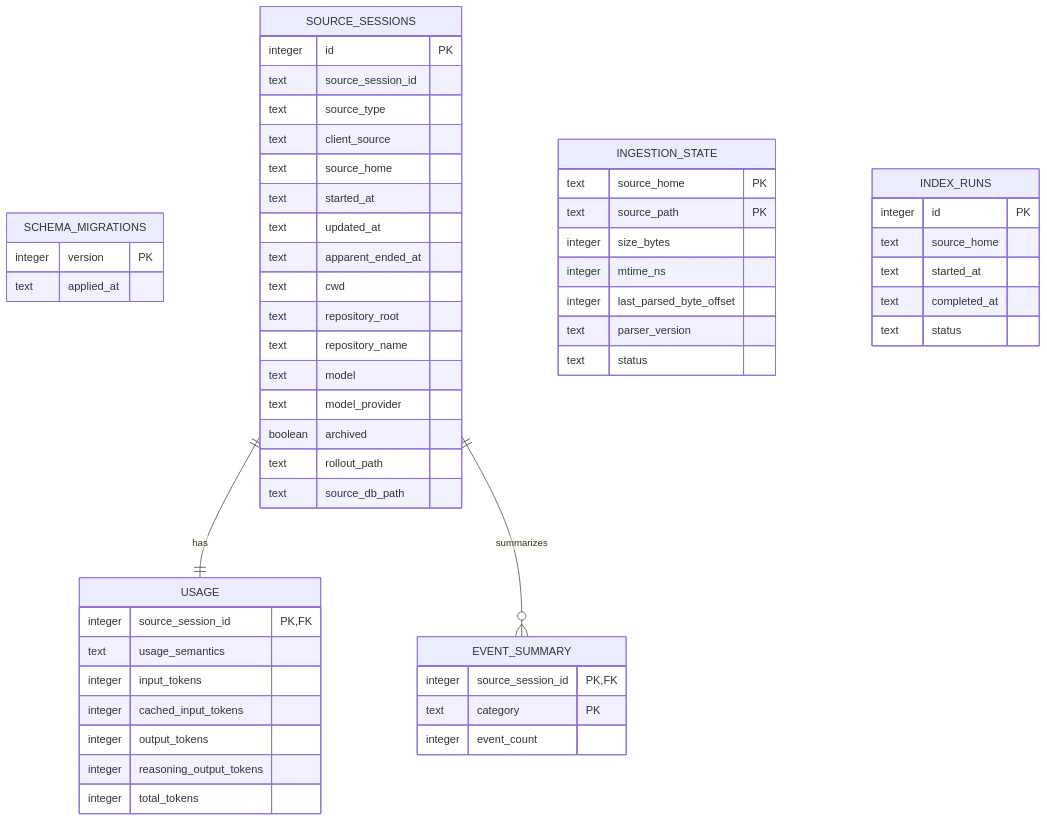
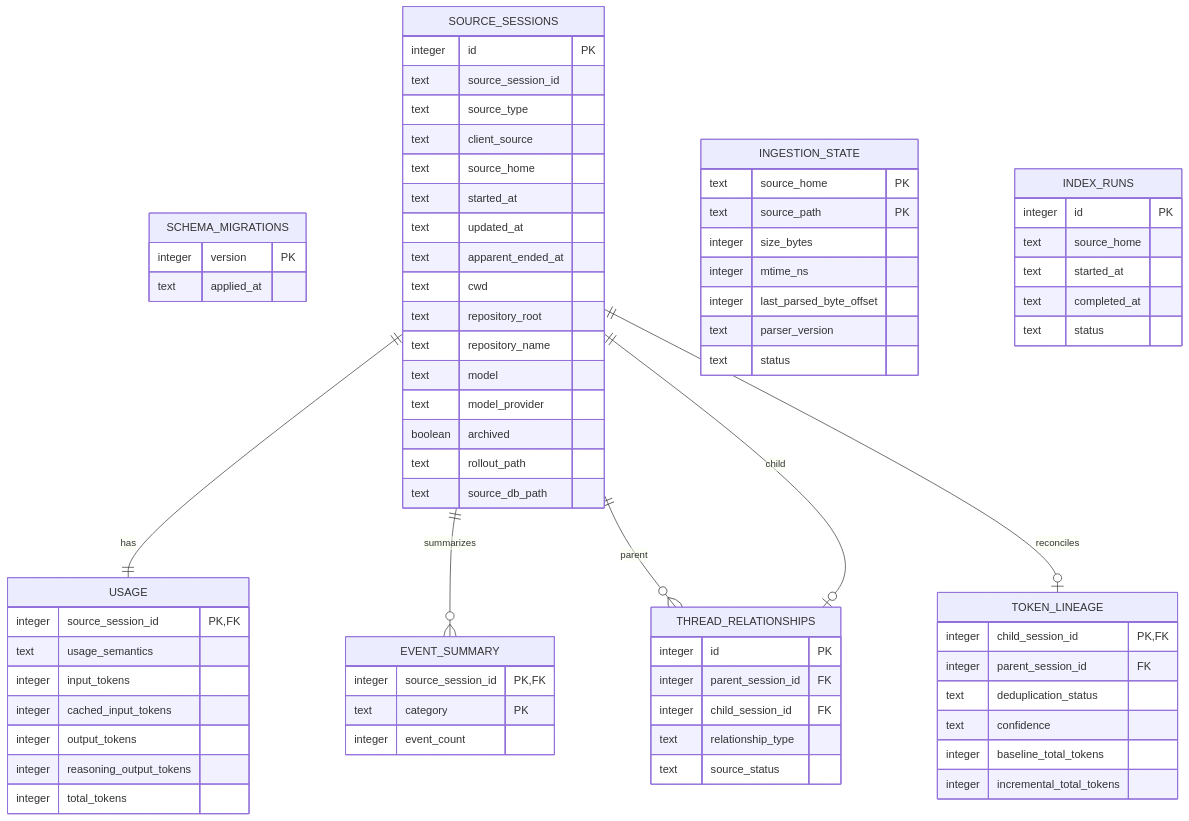
One commit to angzeli/codex-insights changed the diagram in docs/database-schema.md. Above: the diagram before and after it, drawn with Mermaid. The commit also changed other lines of this file and 11 other files, not shown here.

````diff
--- a/docs/database-schema.md
+++ b/docs/database-schema.md
@@ -18,58 +18,76 @@
 ```mermaid
 erDiagram
     SCHEMA_MIGRATIONS {
         integer version PK
         text applied_at
     }
     SOURCE_SESSIONS {
         integer id PK
         text source_session_id
         text source_type
         text client_source
         text source_home
         text started_at
         text updated_at
         text apparent_ended_at
         text cwd
         text repository_root
         text repository_name
         text model
         text model_provider
         boolean archived
         text rollout_path
         text source_db_path
     }
     USAGE {
         integer source_session_id PK,FK
         text usage_semantics
         integer input_tokens
         integer cached_input_tokens
         integer output_tokens
         integer reasoning_output_tokens
         integer total_tokens
     }
     EVENT_SUMMARY {
         integer source_session_id PK,FK
         text category PK
         integer event_count
     }
     INGESTION_STATE {
         text source_home PK
         text source_path PK
         integer size_bytes
         integer mtime_ns
         integer last_parsed_byte_offset
         text parser_version
         text status
     }
     INDEX_RUNS {
         integer id PK
         text source_home
         text started_at
         text completed_at
         text status
     }
+    THREAD_RELATIONSHIPS {
+        integer id PK
+        integer parent_session_id FK
+        integer child_session_id FK
+        text relationship_type
+        text source_status
+    }
+    TOKEN_LINEAGE {
+        integer child_session_id PK,FK
+        integer parent_session_id FK
+        text deduplication_status
+        text confidence
+        integer baseline_total_tokens
+        integer incremental_total_tokens
+    }
 
     SOURCE_SESSIONS ||--|| USAGE : has
     SOURCE_SESSIONS ||--o{ EVENT_SUMMARY : summarizes
+    SOURCE_SESSIONS ||--o{ THREAD_RELATIONSHIPS : parent
+    SOURCE_SESSIONS ||--o| THREAD_RELATIONSHIPS : child
+    SOURCE_SESSIONS ||--o| TOKEN_LINEAGE : reconciles
 ```
````
